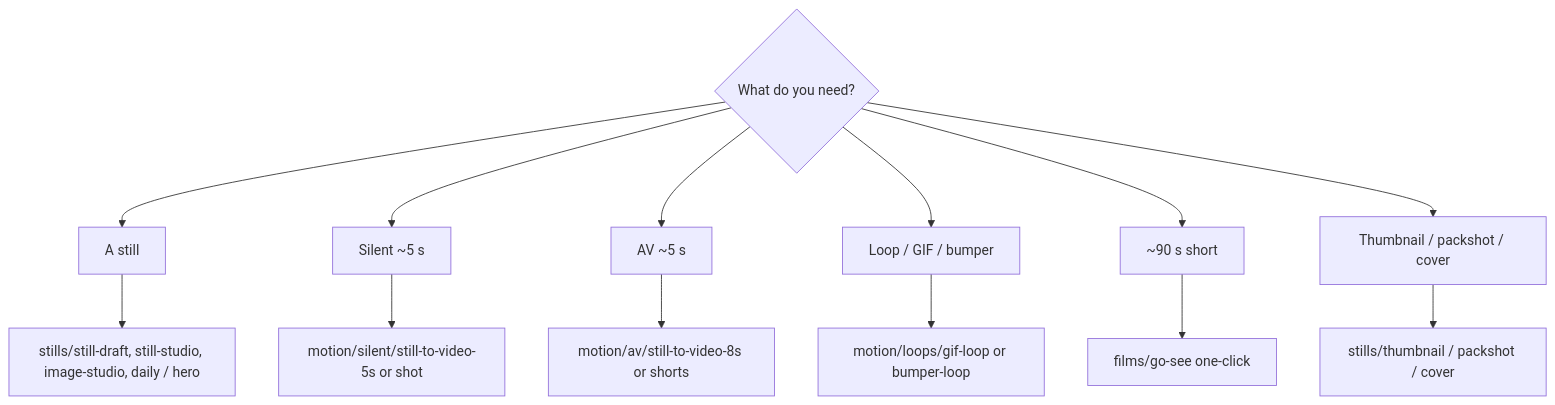
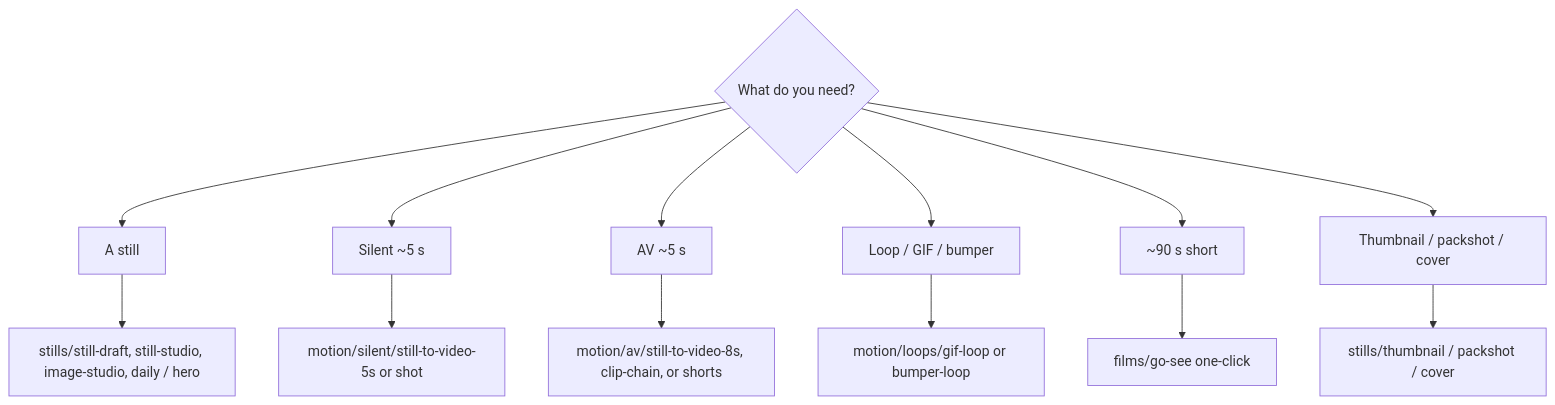
One commit to toxicoder/ez-comfy-stack changed the diagram in docs/studio-workflows.mdx. Above: the diagram before and after it, drawn with Mermaid. The commit also changed other lines of this file and 12 other files, not shown here.

First line of the commit message:
feat(motion): clip-chain App with last-frame continuity

````diff
--- a/docs/studio-workflows.mdx
+++ b/docs/studio-workflows.mdx
@@ -53,15 +53,15 @@
 ```mermaid
 flowchart TB
   Need{"What do you need?"} --> Still["A still"]
   Need --> Motion["Silent ~5 s"]
   Need --> AV["AV ~5 s"]
   Need --> Loop["Loop / GIF / bumper"]
   Need --> Film["~90 s short"]
   Need --> Plate["Thumbnail / packshot / cover"]
   Still --> K["stills/still-draft, still-studio, image-studio, daily / hero"]
   Motion --> W["motion/silent/still-to-video-5s or shot"]
-  AV --> L["motion/av/still-to-video-8s or shorts"]
+  AV --> L["motion/av/still-to-video-8s, clip-chain, or shorts"]
   Loop --> G["motion/loops/gif-loop or bumper-loop"]
   Film --> F["films/go-see one-click"]
   Plate --> C["stills/thumbnail / packshot / cover"]
 ```
````
